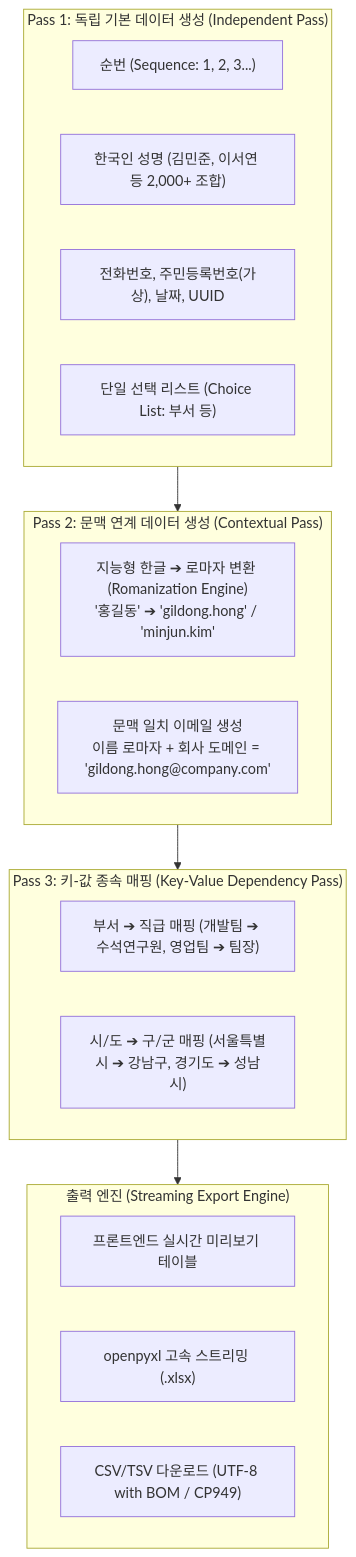
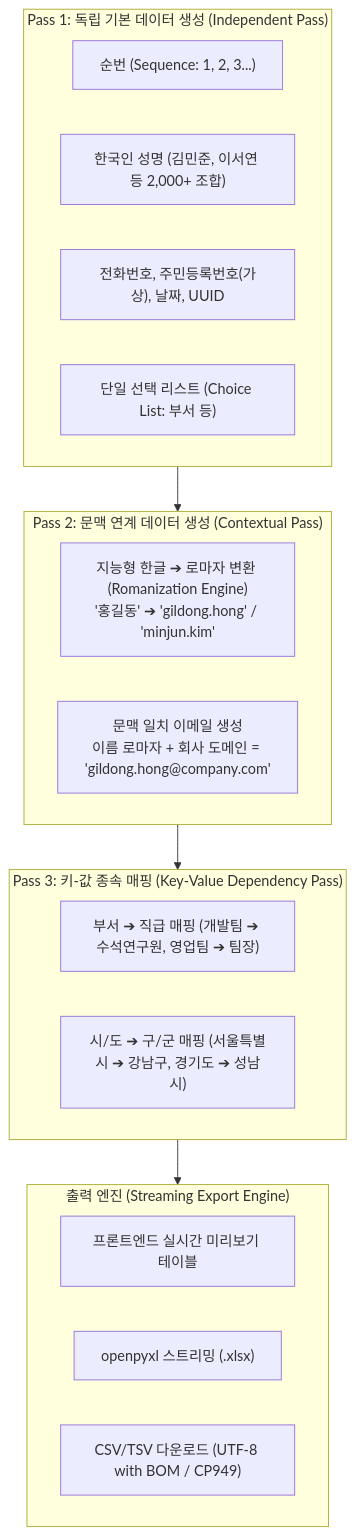
Before and after one commit to JudeRester/Util-Tools: the diagram in docs/MOCK_DATA_STUDIO.md, drawn with Mermaid. The commit also changed other lines of this file and 8 other files, not shown here.

````diff
--- a/docs/MOCK_DATA_STUDIO.md
+++ b/docs/MOCK_DATA_STUDIO.md
@@ -11,27 +11,27 @@
 ```mermaid
 flowchart TD
     subgraph Pass1 ["Pass 1: 독립 기본 데이터 생성 (Independent Pass)"]
         P1_1["순번 (Sequence: 1, 2, 3...)"]
         P1_2["한국인 성명 (김민준, 이서연 등 2,000+ 조합)"]
         P1_3["전화번호, 주민등록번호(가상), 날짜, UUID"]
         P1_4["단일 선택 리스트 (Choice List: 부서 등)"]
     end
 
     subgraph Pass2 ["Pass 2: 문맥 연계 데이터 생성 (Contextual Pass)"]
         P2_1["지능형 한글 ➔ 로마자 변환 (Romanization Engine)\n'홍길동' ➔ 'gildong.hong' / 'minjun.kim'"]
         P2_2["문맥 일치 이메일 생성\n이름 로마자 + 회사 도메인 = 'gildong.hong@company.com'"]
     end
 
     subgraph Pass3 ["Pass 3: 키-값 종속 매핑 (Key-Value Dependency Pass)"]
         P3_1["부서 ➔ 직급 매핑 (개발팀 ➔ 수석연구원, 영업팀 ➔ 팀장)"]
         P3_2["시/도 ➔ 구/군 매핑 (서울특별시 ➔ 강남구, 경기도 ➔ 성남시)"]
     end
 
     subgraph ExportEngine ["출력 엔진 (Streaming Export Engine)"]
         Table["프론트엔드 실시간 미리보기 테이블"]
-        Excel["openpyxl 고속 스트리밍 (.xlsx)"]
+        Excel["openpyxl 스트리밍 (.xlsx)"]
         CSV["CSV/TSV 다운로드 (UTF-8 with BOM / CP949)"]
     end
 
     Pass1 --> Pass2 --> Pass3 --> ExportEngine
 ```
````
